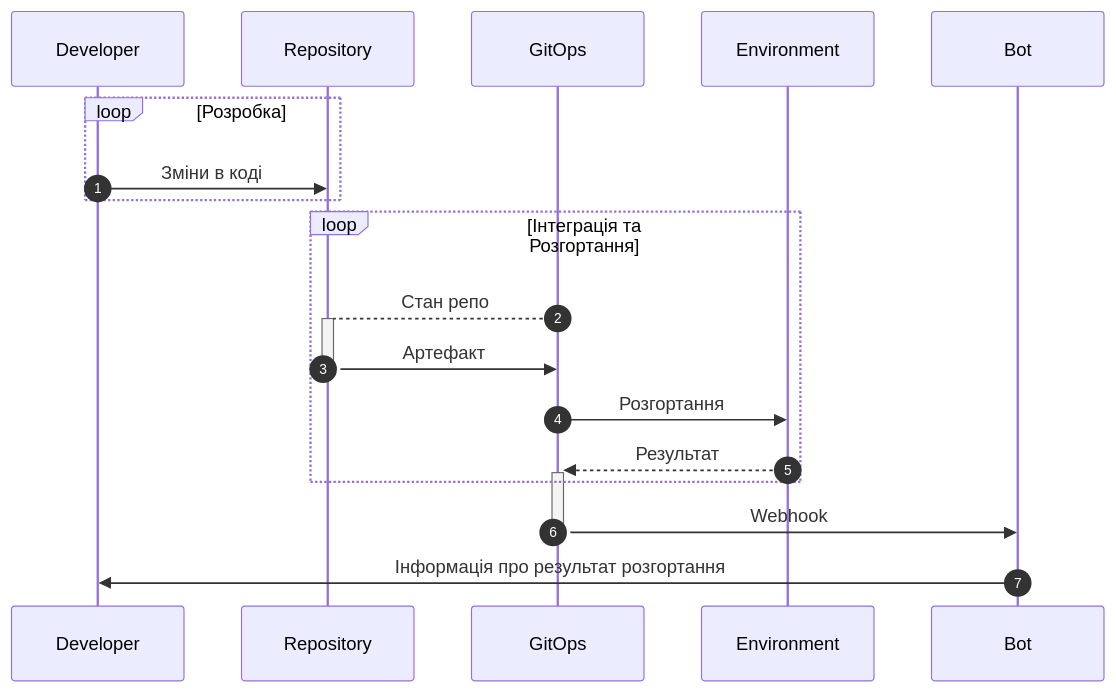
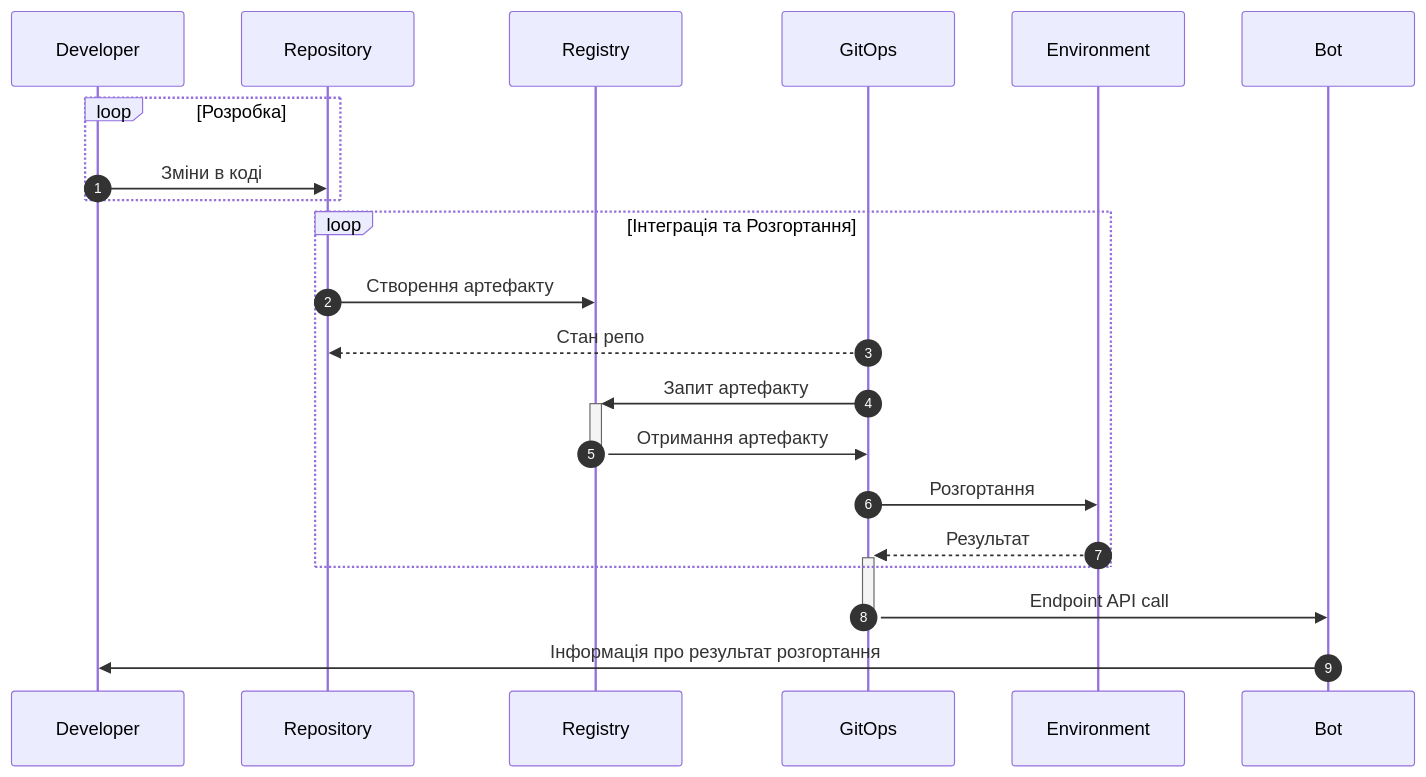
The second of 6 diagrams in docs/HLD.md (k3ilona/publisher-slack-bot), drawn with Mermaid before and after one commit. The commit also changed other lines of this file, not shown here.

Commit message:
Додано в схеми реєстр артефактів; Змінено порядок команд

````diff
--- a/docs/HLD.md
+++ b/docs/HLD.md
@@ -72,23 +72,26 @@
 ```mermaid
 sequenceDiagram
 autonumber
     participant D as Developer
     participant R as Repository
+    participant RA as Registry
     participant G as GitOps
     participant E as Environment
     participant B as Bot
 
     loop Розробка
         D ->> R: Зміни в коді
     end
     loop Інтеграція та Розгортання
-        G -->+ R: Cтан репо
-        R ->>- G: Артефакт
+        R ->> RA: Створення артефакту
+        G -->> R: Cтан репо
+        G ->>+ RA: Запит артефакту 
+        RA ->>- G: Отримання артефакту
         G ->> E: Розгортання
         E -->>+ G: Результат
     end
 
-    G ->>- B: Webhook
+    G ->>- B: Endpoint API call
 
     B ->> D: Інформація про результат розгортання
 ```
````
